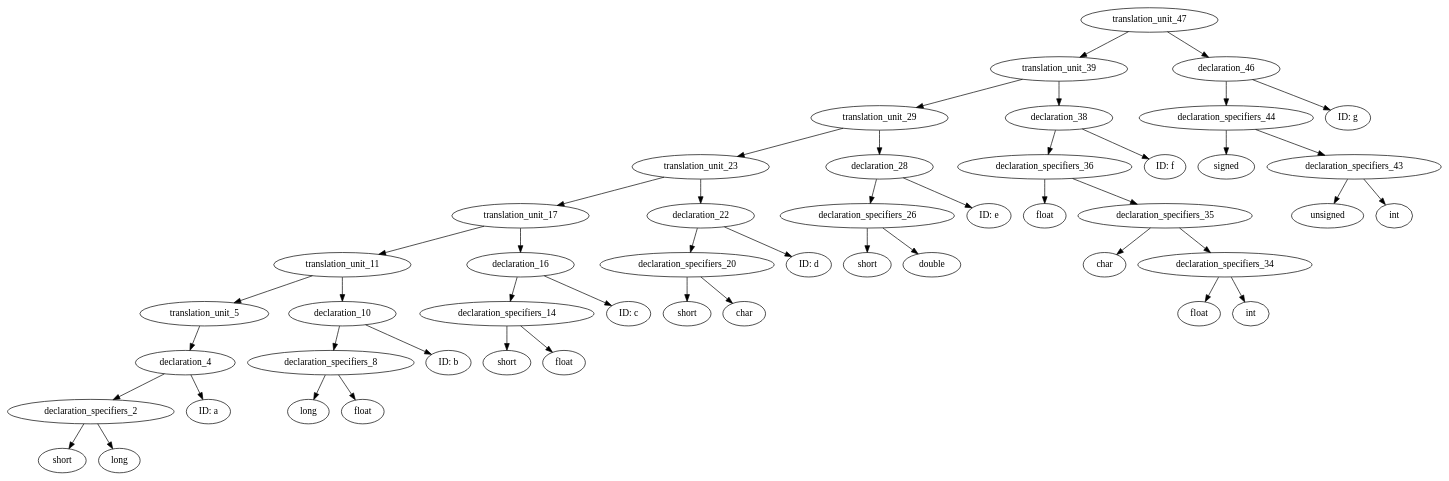
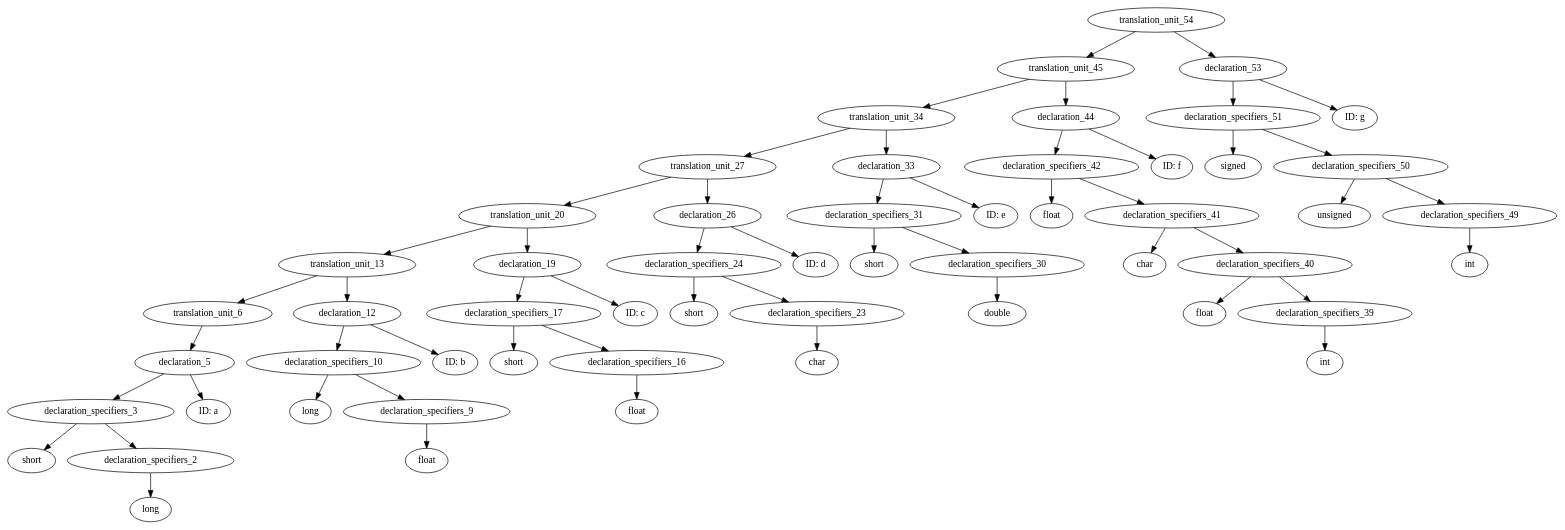
One commit to ahpalmerUNR/c_compiler changed the diagram in graphs/default.gv. Above: the diagram before and after it, drawn with Graphviz. The commit also changed 6 other files, not shown here.

```diff
--- a/graphs/default.gv
+++ b/graphs/default.gv
@@ -1,90 +1,104 @@
 digraph AST {
-	translation_unit_47 -> translation_unit_39;
-	translation_unit_39 -> translation_unit_29;
-	translation_unit_29 -> translation_unit_23;
-	translation_unit_23 -> translation_unit_17;
-	translation_unit_17 -> translation_unit_11;
-	translation_unit_11 -> translation_unit_5;
-	translation_unit_5 -> declaration_4;
-	declaration_4 [label="declaration_4"]
-	declaration_4 -> declaration_specifiers_2;
+	translation_unit_54 -> translation_unit_45;
+	translation_unit_45 -> translation_unit_34;
+	translation_unit_34 -> translation_unit_27;
+	translation_unit_27 -> translation_unit_20;
+	translation_unit_20 -> translation_unit_13;
+	translation_unit_13 -> translation_unit_6;
+	translation_unit_6 -> declaration_5;
+	declaration_5 [label="declaration_5"]
+	declaration_5 -> declaration_specifiers_3;
+	declaration_specifiers_3 [label="declaration_specifiers_3"]
+	declaration_specifiers_3 -> type_specifier_0;
+	type_specifier_0 [label="short"]
+	declaration_specifiers_3 -> declaration_specifiers_2;
 	declaration_specifiers_2 [label="declaration_specifiers_2"]
-	declaration_specifiers_2 -> type_specifier_0;
-	type_specifier_0 [label="short"]
 	declaration_specifiers_2 -> type_specifier_1;
 	type_specifier_1 [label="long"]
-	declaration_4 -> identifier_3;
-	identifier_3 [label="ID: a"]
-	translation_unit_11 -> declaration_10;
-	declaration_10 [label="declaration_10"]
-	declaration_10 -> declaration_specifiers_8;
-	declaration_specifiers_8 [label="declaration_specifiers_8"]
-	declaration_specifiers_8 -> type_specifier_6;
-	type_specifier_6 [label="long"]
-	declaration_specifiers_8 -> type_specifier_7;
-	type_specifier_7 [label="float"]
-	declaration_10 -> identifier_9;
-	identifier_9 [label="ID: b"]
-	translation_unit_17 -> declaration_16;
-	declaration_16 [label="declaration_16"]
-	declaration_16 -> declaration_specifiers_14;
-	declaration_specifiers_14 [label="declaration_specifiers_14"]
-	declaration_specifiers_14 -> type_specifier_12;
-	type_specifier_12 [label="short"]
-	declaration_specifiers_14 -> type_specifier_13;
-	type_specifier_13 [label="float"]
-	declaration_16 -> identifier_15;
-	identifier_15 [label="ID: c"]
-	translation_unit_23 -> declaration_22;
-	declaration_22 [label="declaration_22"]
-	declaration_22 -> declaration_specifiers_20;
-	declaration_specifiers_20 [label="declaration_specifiers_20"]
-	declaration_specifiers_20 -> type_specifier_18;
-	type_specifier_18 [label="short"]
-	declaration_specifiers_20 -> type_specifier_19;
-	type_specifier_19 [label="char"]
-	declaration_22 -> identifier_21;
-	identifier_21 [label="ID: d"]
-	translation_unit_29 -> declaration_28;
-	declaration_28 [label="declaration_28"]
-	declaration_28 -> declaration_specifiers_26;
-	declaration_specifiers_26 [label="declaration_specifiers_26"]
-	declaration_specifiers_26 -> type_specifier_24;
-	type_specifier_24 [label="short"]
-	declaration_specifiers_26 -> type_specifier_25;
-	type_specifier_25 [label="double"]
-	declaration_28 -> identifier_27;
-	identifier_27 [label="ID: e"]
-	translation_unit_39 -> declaration_38;
-	declaration_38 [label="declaration_38"]
-	declaration_38 -> declaration_specifiers_36;
-	declaration_specifiers_36 [label="declaration_specifiers_36"]
-	declaration_specifiers_36 -> type_specifier_30;
-	type_specifier_30 [label="float"]
-	declaration_specifiers_36 -> declaration_specifiers_35;
-	declaration_specifiers_35 [label="declaration_specifiers_35"]
-	declaration_specifiers_35 -> type_specifier_31;
-	type_specifier_31 [label="char"]
-	declaration_specifiers_35 -> declaration_specifiers_34;
-	declaration_specifiers_34 [label="declaration_specifiers_34"]
-	declaration_specifiers_34 -> type_specifier_32;
-	type_specifier_32 [label="float"]
-	declaration_specifiers_34 -> type_specifier_33;
-	type_specifier_33 [label="int"]
-	declaration_38 -> identifier_37;
-	identifier_37 [label="ID: f"]
-	translation_unit_47 -> declaration_46;
-	declaration_46 [label="declaration_46"]
-	declaration_46 -> declaration_specifiers_44;
-	declaration_specifiers_44 [label="declaration_specifiers_44"]
-	declaration_specifiers_44 -> type_specifier_40;
-	type_specifier_40 [label="signed"]
-	declaration_specifiers_44 -> declaration_specifiers_43;
-	declaration_specifiers_43 [label="declaration_specifiers_43"]
-	declaration_specifiers_43 -> type_specifier_41;
-	type_specifier_41 [label="unsigned"]
-	declaration_specifiers_43 -> type_specifier_42;
-	type_specifier_42 [label="int"]
-	declaration_46 -> identifier_45;
-	identifier_45 [label="ID: g"]
+	declaration_5 -> identifier_4;
+	identifier_4 [label="ID: a"]
+	translation_unit_13 -> declaration_12;
+	declaration_12 [label="declaration_12"]
+	declaration_12 -> declaration_specifiers_10;
+	declaration_specifiers_10 [label="declaration_specifiers_10"]
+	declaration_specifiers_10 -> type_specifier_7;
+	type_specifier_7 [label="long"]
+	declaration_specifiers_10 -> declaration_specifiers_9;
+	declaration_specifiers_9 [label="declaration_specifiers_9"]
+	declaration_specifiers_9 -> type_specifier_8;
+	type_specifier_8 [label="float"]
+	declaration_12 -> identifier_11;
+	identifier_11 [label="ID: b"]
+	translation_unit_20 -> declaration_19;
+	declaration_19 [label="declaration_19"]
+	declaration_19 -> declaration_specifiers_17;
+	declaration_specifiers_17 [label="declaration_specifiers_17"]
+	declaration_specifiers_17 -> type_specifier_14;
+	type_specifier_14 [label="short"]
+	declaration_specifiers_17 -> declaration_specifiers_16;
+	declaration_specifiers_16 [label="declaration_specifiers_16"]
+	declaration_specifiers_16 -> type_specifier_15;
+	type_specifier_15 [label="float"]
+	declaration_19 -> identifier_18;
+	identifier_18 [label="ID: c"]
+	translation_unit_27 -> declaration_26;
+	declaration_26 [label="declaration_26"]
+	declaration_26 -> declaration_specifiers_24;
+	declaration_specifiers_24 [label="declaration_specifiers_24"]
+	declaration_specifiers_24 -> type_specifier_21;
+	type_specifier_21 [label="short"]
+	declaration_specifiers_24 -> declaration_specifiers_23;
+	declaration_specifiers_23 [label="declaration_specifiers_23"]
+	declaration_specifiers_23 -> type_specifier_22;
+	type_specifier_22 [label="char"]
+	declaration_26 -> identifier_25;
+	identifier_25 [label="ID: d"]
+	translation_unit_34 -> declaration_33;
+	declaration_33 [label="declaration_33"]
+	declaration_33 -> declaration_specifiers_31;
+	declaration_specifiers_31 [label="declaration_specifiers_31"]
+	declaration_specifiers_31 -> type_specifier_28;
+	type_specifier_28 [label="short"]
+	declaration_specifiers_31 -> declaration_specifiers_30;
+	declaration_specifiers_30 [label="declaration_specifiers_30"]
+	declaration_specifiers_30 -> type_specifier_29;
+	type_specifier_29 [label="double"]
+	declaration_33 -> identifier_32;
+	identifier_32 [label="ID: e"]
+	translation_unit_45 -> declaration_44;
+	declaration_44 [label="declaration_44"]
+	declaration_44 -> declaration_specifiers_42;
+	declaration_specifiers_42 [label="declaration_specifiers_42"]
+	declaration_specifiers_42 -> type_specifier_35;
+	type_specifier_35 [label="float"]
+	declaration_specifiers_42 -> declaration_specifiers_41;
+	declaration_specifiers_41 [label="declaration_specifiers_41"]
+	declaration_specifiers_41 -> type_specifier_36;
+	type_specifier_36 [label="char"]
+	declaration_specifiers_41 -> declaration_specifiers_40;
+	declaration_specifiers_40 [label="declaration_specifiers_40"]
+	declaration_specifiers_40 -> type_specifier_37;
+	type_specifier_37 [label="float"]
+	declaration_specifiers_40 -> declaration_specifiers_39;
+	declaration_specifiers_39 [label="declaration_specifiers_39"]
+	declaration_specifiers_39 -> type_specifier_38;
+	type_specifier_38 [label="int"]
+	declaration_44 -> identifier_43;
+	identifier_43 [label="ID: f"]
+	translation_unit_54 -> declaration_53;
+	declaration_53 [label="declaration_53"]
+	declaration_53 -> declaration_specifiers_51;
+	declaration_specifiers_51 [label="declaration_specifiers_51"]
+	declaration_specifiers_51 -> type_specifier_46;
+	type_specifier_46 [label="signed"]
+	declaration_specifiers_51 -> declaration_specifiers_50;
+	declaration_specifiers_50 [label="declaration_specifiers_50"]
+	declaration_specifiers_50 -> type_specifier_47;
+	type_specifier_47 [label="unsigned"]
+	declaration_specifiers_50 -> declaration_specifiers_49;
+	declaration_specifiers_49 [label="declaration_specifiers_49"]
+	declaration_specifiers_49 -> type_specifier_48;
+	type_specifier_48 [label="int"]
+	declaration_53 -> identifier_52;
+	identifier_52 [label="ID: g"]
 }
```
